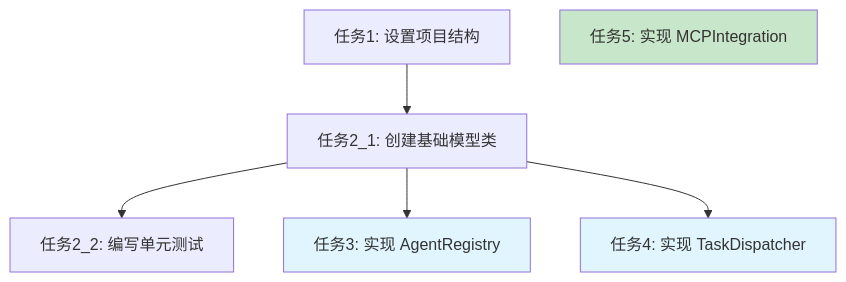
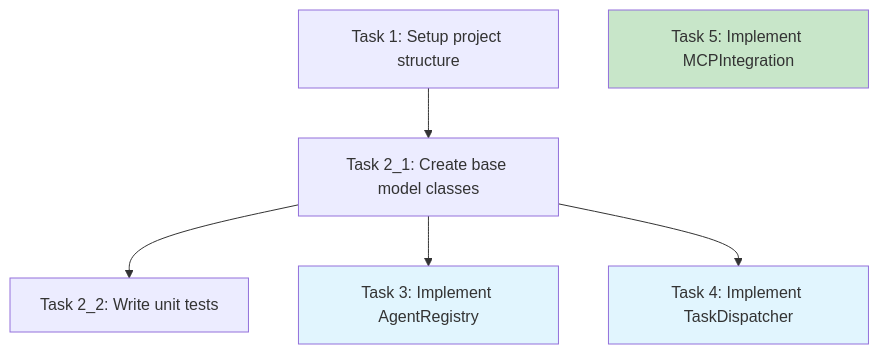
One commit to atman-33/kiro-for-codex changed the diagram in src/resources/agents/spec-tasks.md. Above: the diagram before and after it, drawn with Mermaid. The commit also changed other lines of this file and 27 other files, not shown here.

````diff
--- a/src/resources/agents/spec-tasks.md
+++ b/src/resources/agents/spec-tasks.md
@@ -61,18 +61,18 @@
 ```mermaid
 flowchart TD
-    T1[任务1: 设置项目结构]
-    T2_1[任务2_1: 创建基础模型类]
-    T2_2[任务2_2: 编写单元测试]
-    T3[任务3: 实现 AgentRegistry]
-    T4[任务4: 实现 TaskDispatcher]
-    T5[任务5: 实现 MCPIntegration]
+    T1[Task 1: Setup project structure]
+    T2_1[Task 2_1: Create base model classes]
+    T2_2[Task 2_2: Write unit tests]
+    T3[Task 3: Implement AgentRegistry]
+    T4[Task 4: Implement TaskDispatcher]
+    T5[Task 5: Implement MCPIntegration]
     
     T1 --> T2_1
     T2_1 --> T2_2
     T2_1 --> T3
     T2_1 --> T4
     
     style T3 fill:#e1f5fe
     style T4 fill:#e1f5fe
     style T5 fill:#c8e6c9
 ```
````
